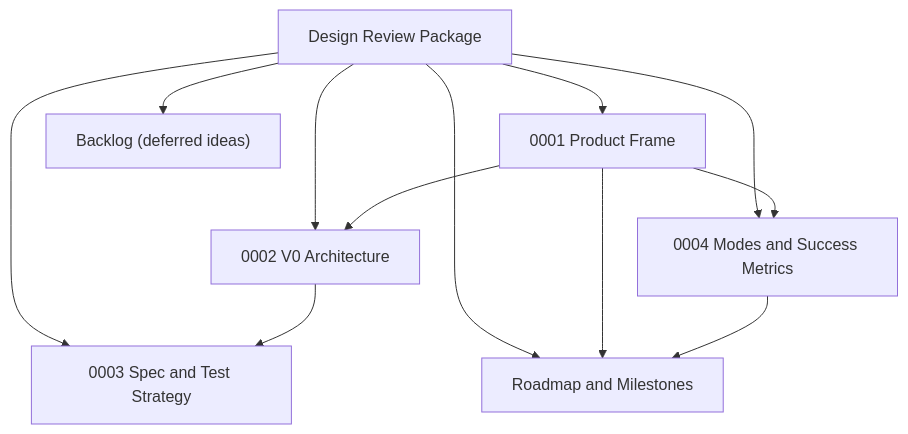
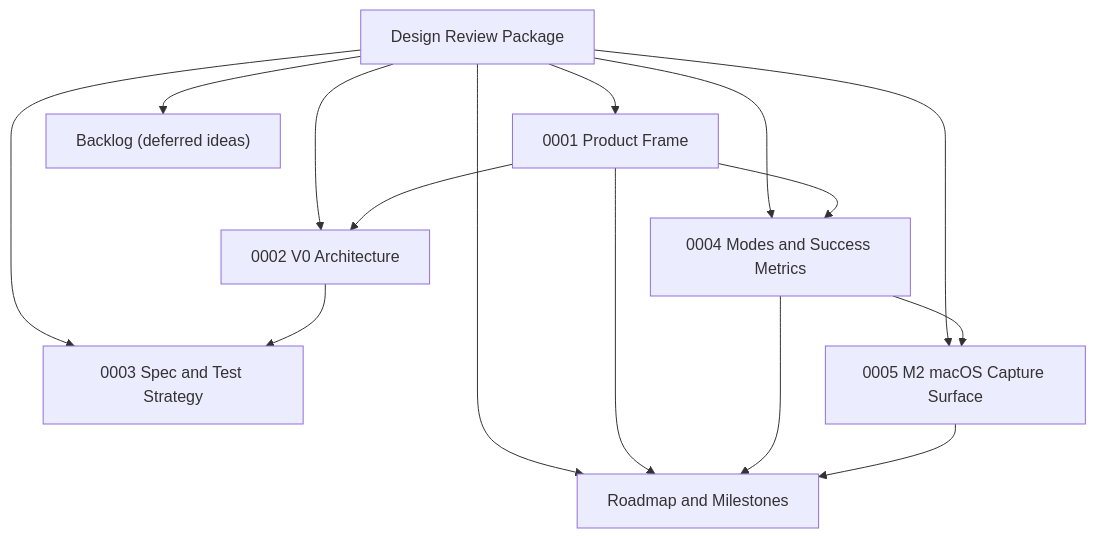
One commit to flyingrobots/think changed the diagram in docs/design/README.md. Above: the diagram before and after it, drawn with Mermaid. The commit also changed other lines of this file and 4 other files, not shown here.

````diff
--- a/docs/design/README.md
+++ b/docs/design/README.md
@@ -31,14 +32,17 @@
 ```mermaid
 flowchart TD
     R["Design Review Package"] --> P["0001 Product Frame"]
     R --> A["0002 V0 Architecture"]
     R --> T["0003 Spec and Test Strategy"]
     R --> M["0004 Modes and Success Metrics"]
+    R --> M2["0005 M2 macOS Capture Surface"]
     R --> RD["Roadmap and Milestones"]
     R --> BL["Backlog (deferred ideas)"]
     P --> A
     P --> M
     A --> T
     P --> RD
     M --> RD
+    M --> M2
+    M2 --> RD
 ```
````
